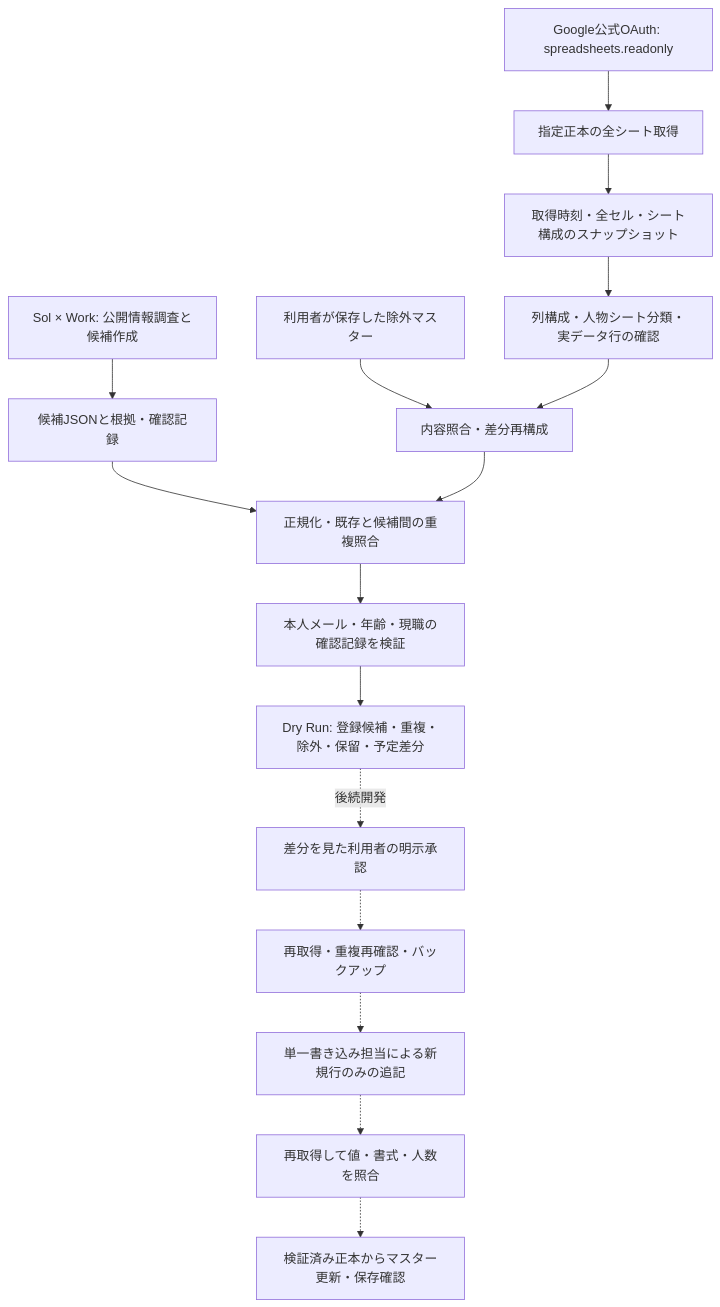
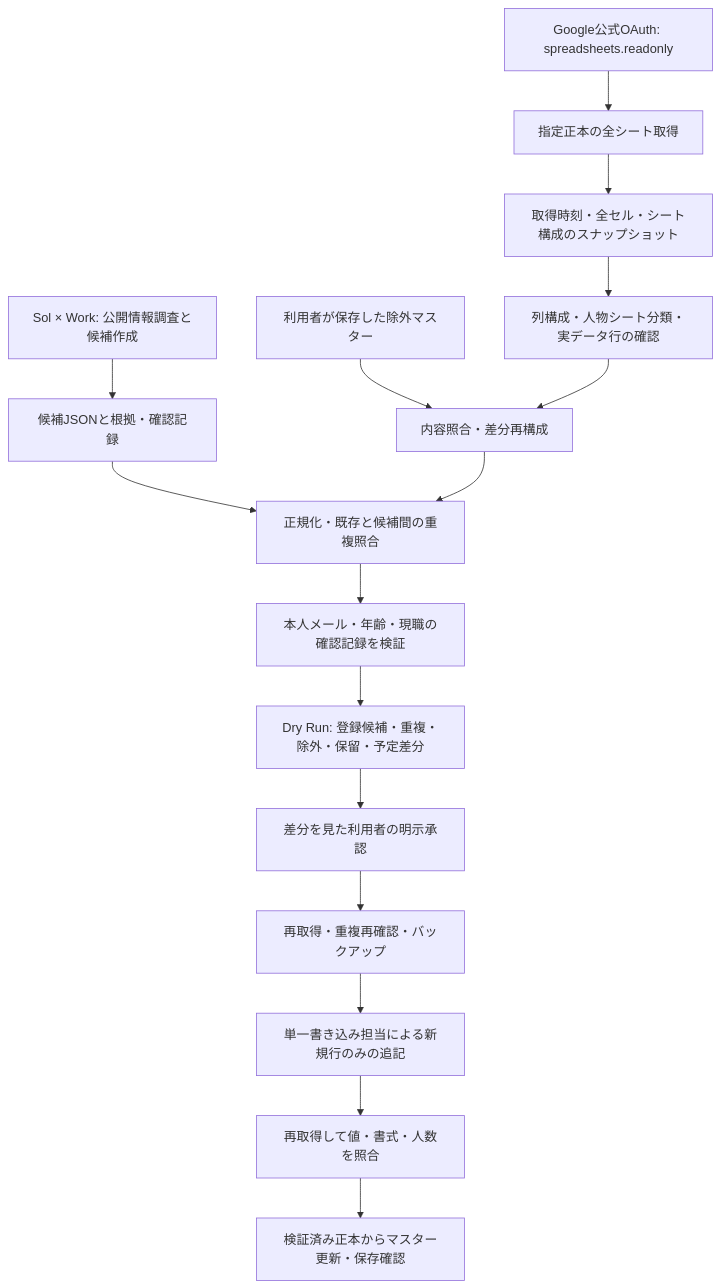
One commit to fukudarebirth/Doctors-List changed the diagram in docs/DESIGN.md. Above: the diagram before and after it, drawn with Mermaid. The commit also changed other lines of this file and 18 other files, not shown here.

````diff
--- a/docs/DESIGN.md
+++ b/docs/DESIGN.md
@@ -11,18 +11,18 @@
 ```mermaid
 flowchart TD
     Research[Sol × Work: 公開情報調査と候補作成] --> Candidate[候補JSONと根拠・確認記録]
     OAuth[Google公式OAuth: spreadsheets.readonly] --> Sheets[指定正本の全シート取得]
     Sheets --> Snapshot[取得時刻・全セル・シート構成のスナップショット]
     Snapshot --> Inspect[列構成・人物シート分類・実データ行の確認]
     Master[利用者が保存した除外マスター] --> Reconcile[内容照合・差分再構成]
     Inspect --> Reconcile
     Candidate --> Match[正規化・既存と候補間の重複照合]
     Reconcile --> Match
     Match --> Evidence[本人メール・年齢・現職の確認記録を検証]
     Evidence --> Report[Dry Run: 登録候補・重複・除外・保留・予定差分]
-    Report -. 後続開発 .-> Approval[差分を見た利用者の明示承認]
-    Approval -.-> Recheck[再取得・重複再確認・バックアップ]
-    Recheck -.-> Append[単一書き込み担当による新規行のみの追記]
-    Append -.-> Verify[再取得して値・書式・人数を照合]
-    Verify -.-> MasterUpdate[検証済み正本からマスター更新・保存確認]
+    Report --> Approval[差分を見た利用者の明示承認]
+    Approval --> Recheck[再取得・重複再確認・バックアップ]
+    Recheck --> Append[単一書き込み担当による新規行のみの追記]
+    Append --> Verify[再取得して値・書式・人数を照合]
+    Verify --> MasterUpdate[検証済み正本からマスター更新・保存確認]
 ```
````
